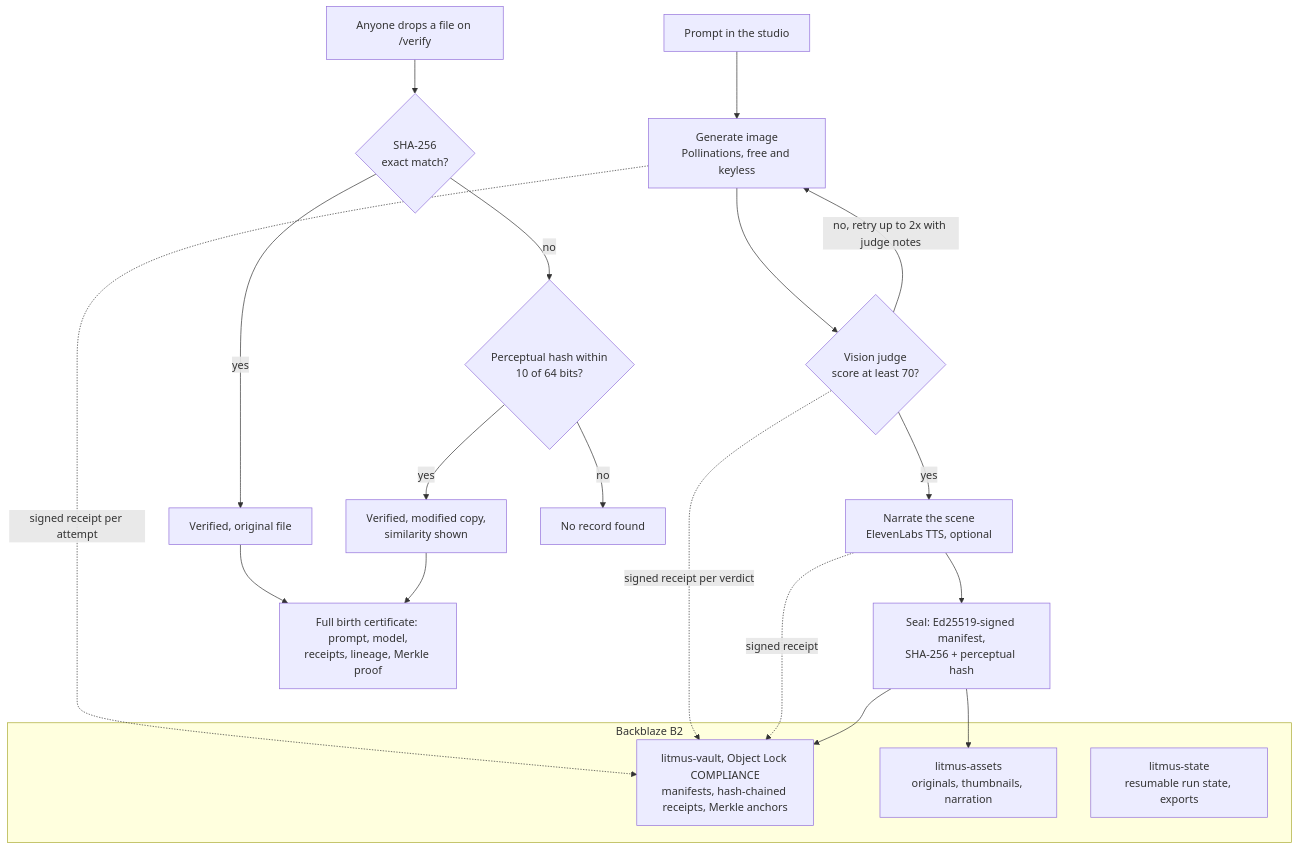
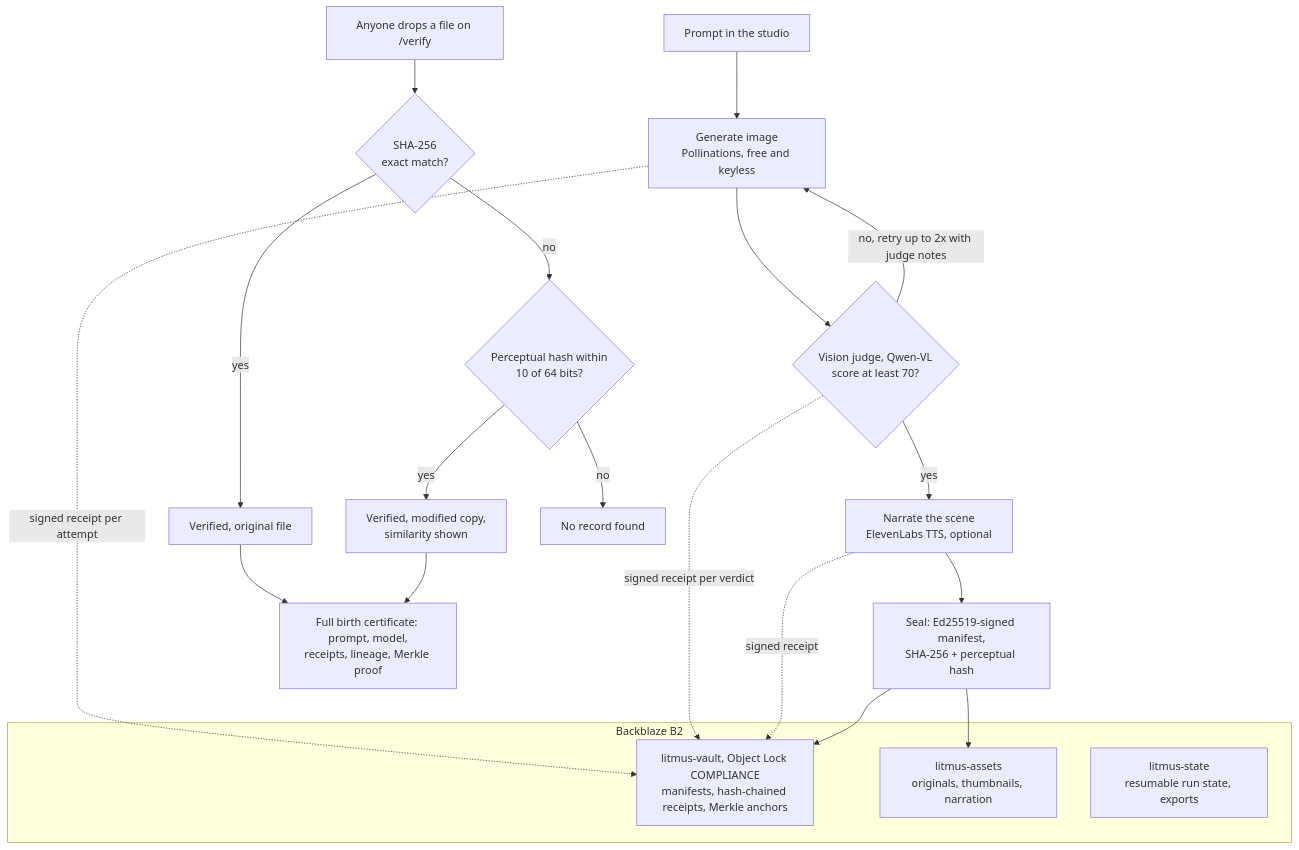
One commit to fozagtx/litmus changed the diagram in README.md. Above: the diagram before and after it, drawn with Mermaid. The commit also changed other lines of this file and 10 other files, not shown here.

````diff
--- a/README.md
+++ b/README.md
@@ -21,28 +21,28 @@
 ```mermaid
 flowchart TD
     A[Prompt in the studio] --> B[Generate image<br>Pollinations, free and keyless]
-    B --> C{Vision judge<br>score at least 70?}
+    B --> C{Vision judge, Qwen-VL<br>score at least 70?}
     C -- "no, retry up to 2x with judge notes" --> B
     C -- yes --> D[Narrate the scene<br>ElevenLabs TTS, optional]
     D --> E[Seal: Ed25519-signed manifest,<br>SHA-256 + perceptual hash]
 
     B -. signed receipt per attempt .-> V
     C -. signed receipt per verdict .-> V
     D -. signed receipt .-> V
     E --> V
     E --> M
 
     subgraph B2 [Backblaze B2]
         M[litmus-assets<br>originals, thumbnails, narration]
         V[litmus-vault, Object Lock COMPLIANCE<br>manifests, hash-chained receipts, Merkle anchors]
         S[litmus-state<br>resumable run state, exports]
     end
 
     U[Anyone drops a file on /verify] --> W{SHA-256<br>exact match?}
     W -- yes --> X[Verified, original file]
     W -- no --> Y{Perceptual hash within<br>10 of 64 bits?}
     Y -- yes --> Z[Verified, modified copy,<br>similarity shown]
     Y -- no --> N[No record found]
     X --> BC[Full birth certificate: prompt, model,<br>receipts, lineage, Merkle proof]
     Z --> BC
 ```
````
